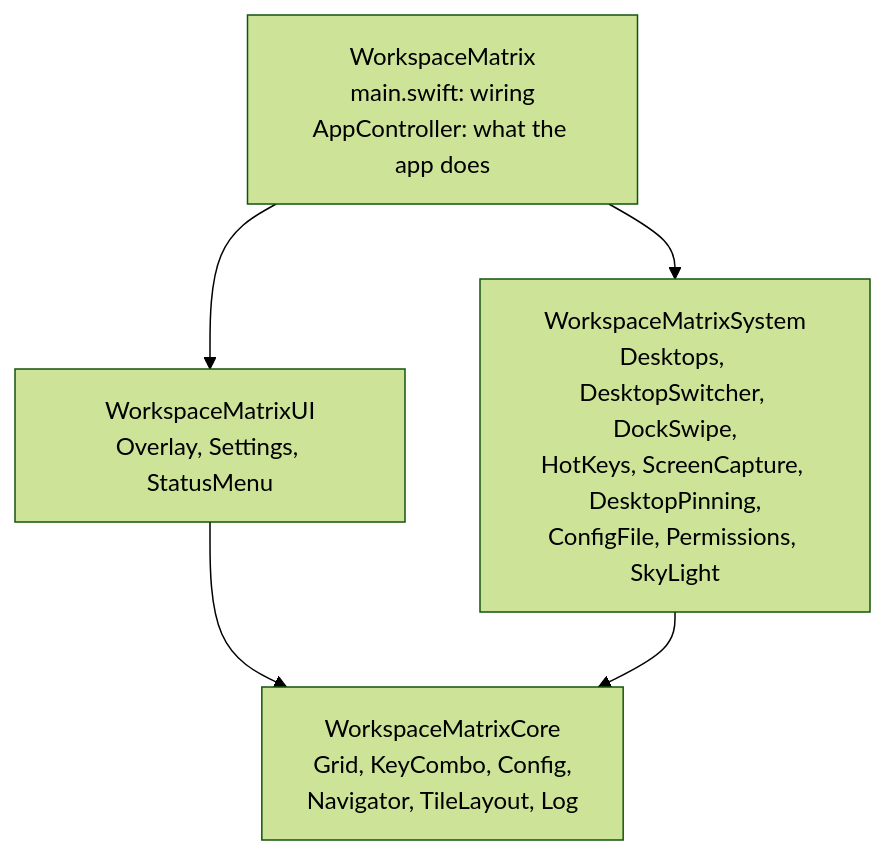
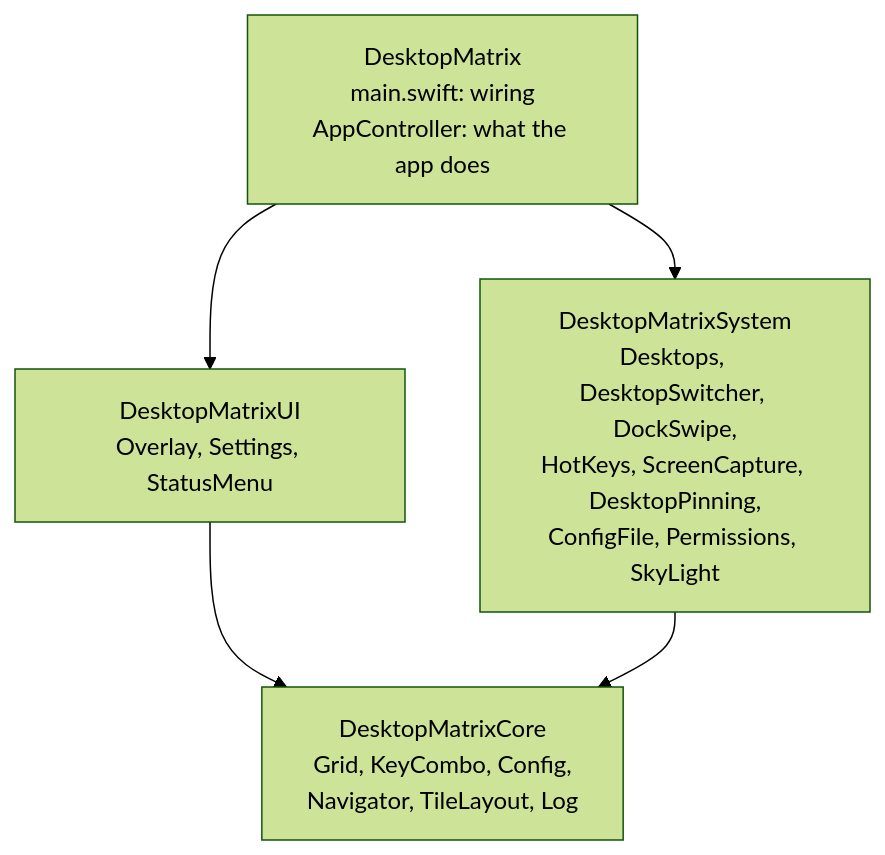
The first of 2 diagrams in docs/ARCHITECTURE.md (remusxb/macos-desktop-matrix), drawn with Mermaid (forest theme) before and after one commit. The commit also changed other lines of this file and 34 other files, not shown here.

First line of the commit message:
Rename to Desktop Matrix

````diff
--- a/docs/ARCHITECTURE.md
+++ b/docs/ARCHITECTURE.md
@@ -8,11 +8,11 @@
 ```mermaid
 flowchart TD
-    App["WorkspaceMatrix<br/>main.swift: wiring<br/>AppController: what the app does"]
-    UI["WorkspaceMatrixUI<br/>Overlay, Settings, StatusMenu"]
-    System["WorkspaceMatrixSystem<br/>Desktops, DesktopSwitcher, DockSwipe,<br/>HotKeys, ScreenCapture, DesktopPinning,<br/>ConfigFile, Permissions, SkyLight"]
-    Core["WorkspaceMatrixCore<br/>Grid, KeyCombo, Config,<br/>Navigator, TileLayout, Log"]
+    App["DesktopMatrix<br/>main.swift: wiring<br/>AppController: what the app does"]
+    UI["DesktopMatrixUI<br/>Overlay, Settings, StatusMenu"]
+    System["DesktopMatrixSystem<br/>Desktops, DesktopSwitcher, DockSwipe,<br/>HotKeys, ScreenCapture, DesktopPinning,<br/>ConfigFile, Permissions, SkyLight"]
+    Core["DesktopMatrixCore<br/>Grid, KeyCombo, Config,<br/>Navigator, TileLayout, Log"]
     App --> UI
     App --> System
     UI --> Core
     System --> Core
 ```
````
